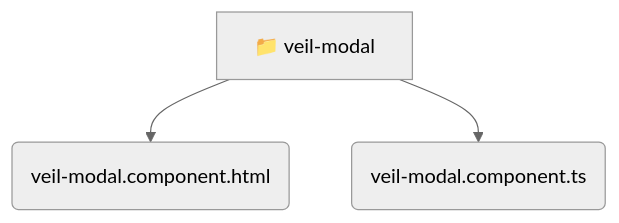
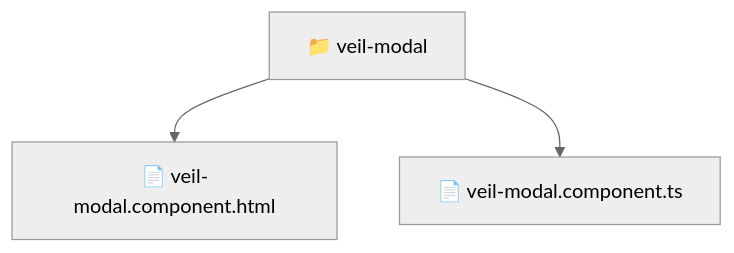
Before and after one commit to beginwebdev2002/fullstack-mavluda: the diagram in frontend/src/pages/veil/ui/veil-modal/README.md, drawn with Mermaid (neutral theme). The commit also changed other lines of this file and 163 other files, not shown here.

````diff
--- a/frontend/src/pages/veil/ui/veil-modal/README.md
+++ b/frontend/src/pages/veil/ui/veil-modal/README.md
@@ -11,6 +10,6 @@
 ```mermaid
 graph TD
-  veil_modal[📁 veil-modal]
-  veil_modal --> veil_modal_veil_modal_component_html(veil-modal.component.html)
-  veil_modal --> veil_modal_veil_modal_component_ts(veil-modal.component.ts)
+  Root["📁 veil-modal"]
+  Root --> veilmodalcomponenthtml["📄 veil-modal.component.html"]
+  Root --> veilmodalcomponentts["📄 veil-modal.component.ts"]
 ```
````
